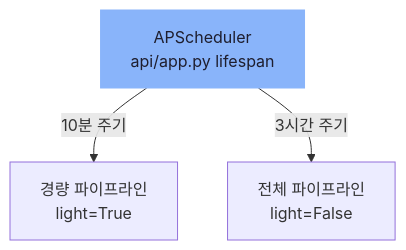
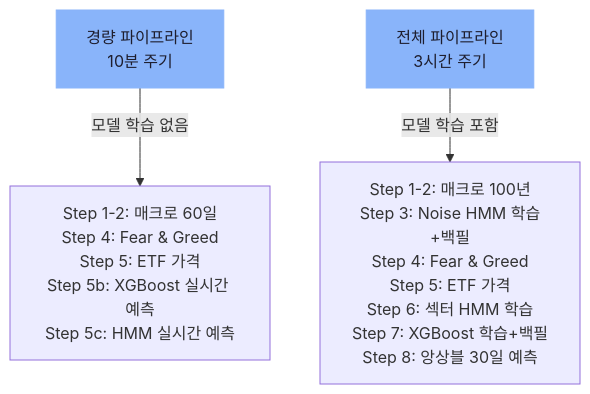
Before and after one commit to wonderfulawsome/Asset-Analysis-Platform: the diagram in .omm/pipeline/diagram.mmd, drawn with Mermaid. The commit also changed 121 other files, not shown here.

```diff
--- a/.omm/pipeline/diagram.mmd
+++ b/.omm/pipeline/diagram.mmd
@@ -1,7 +1,9 @@
 graph TD
-    scheduler["APScheduler\napi/app.py lifespan"]
-    scheduler -->|"10분 주기"| light-pipeline["경량 파이프라인\nlight=True"]
-    scheduler -->|"3시간 주기"| full-pipeline["전체 파이프라인\nlight=False"]
+    light-pipeline["경량 파이프라인\n10분 주기"]
+    full-pipeline["전체 파이프라인\n3시간 주기"]
+
+    light-pipeline -->|"모델 학습 없음"| light-steps["Step 1-2: 매크로 60일\nStep 4: Fear & Greed\nStep 5: ETF 가격\nStep 5b: XGBoost 실시간 예측\nStep 5c: HMM 실시간 예측"]
+    full-pipeline -->|"모델 학습 포함"| full-steps["Step 1-2: 매크로 100년\nStep 3: Noise HMM 학습+백필\nStep 4: Fear & Greed\nStep 5: ETF 가격\nStep 6: 섹터 HMM 학습\nStep 7: XGBoost 학습+백필\nStep 8: 앙상블 30일 예측"]
 
     classDef entry fill:#89b4fa,stroke:#89b4fa,color:#1e1e2e
-    class scheduler entry
+    class light-pipeline,full-pipeline entry
```
